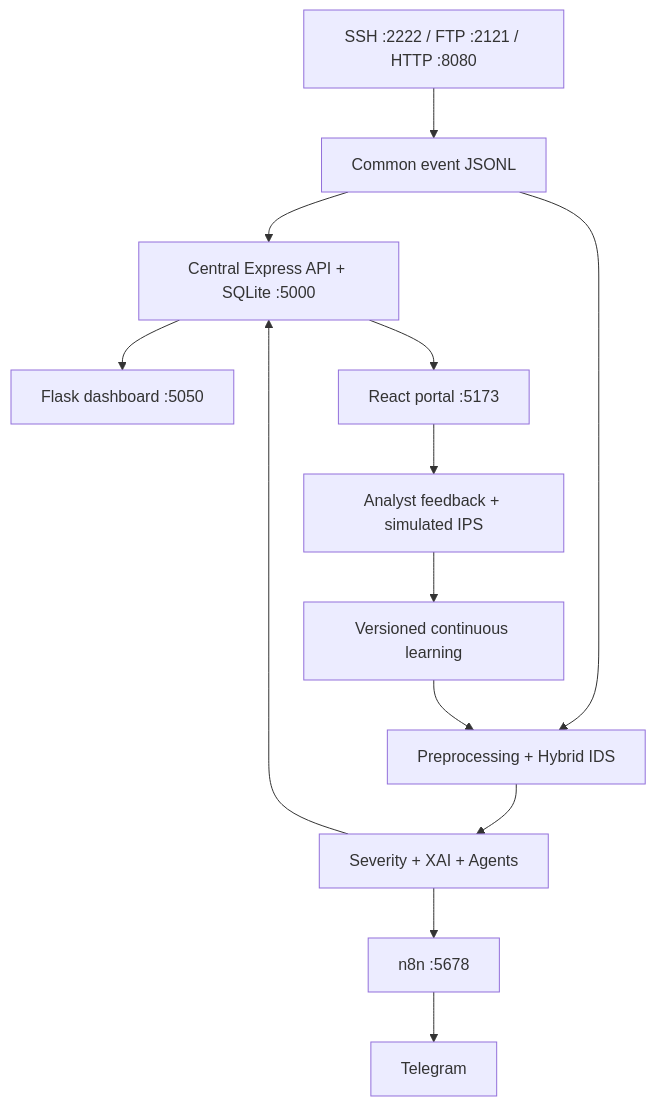
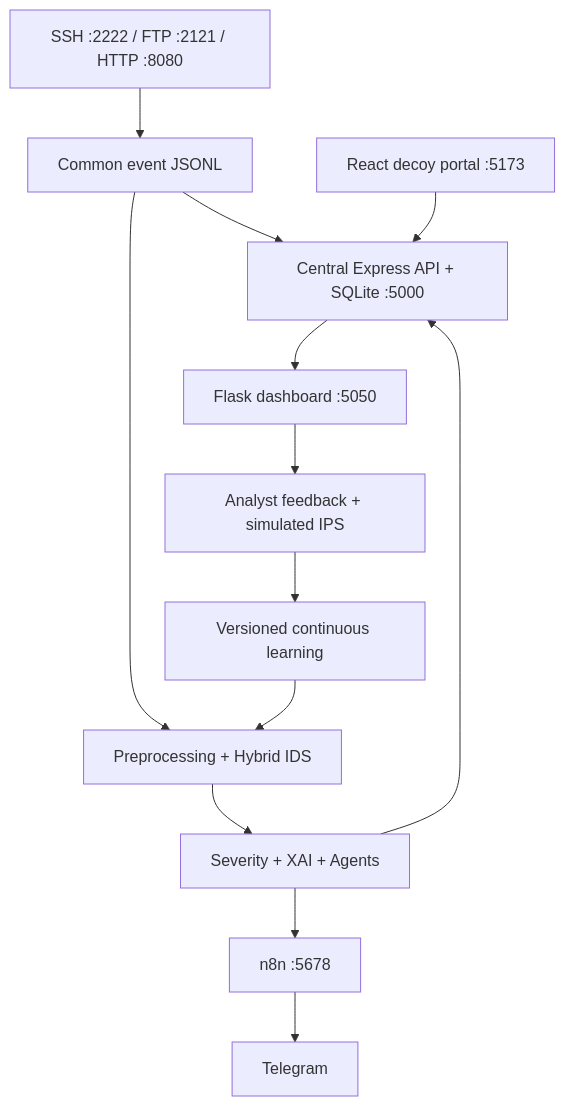
One commit to GAUM-G/CyberXAI changed the diagram in README.md. Above: the diagram before and after it, drawn with Mermaid. The commit also changed other lines of this file and 27 other files, not shown here.

Commit message:
feat: separate decoy portal and restore attack alerts

````diff
--- a/README.md
+++ b/README.md
@@ -25,15 +26,15 @@
 ```mermaid
 flowchart TD
     A["SSH :2222 / FTP :2121 / HTTP :8080"] --> B["Common event JSONL"]
     B --> C["Central Express API + SQLite :5000"]
     B --> D["Preprocessing + Hybrid IDS"]
     D --> E["Severity + XAI + Agents"]
     E --> C
     C --> F["Flask dashboard :5050"]
-    C --> G["React portal :5173"]
+    G["React decoy portal :5173"] --> C
     E --> H["n8n :5678"]
     H --> I["Telegram"]
-    G --> J["Analyst feedback + simulated IPS"]
+    F --> J["Analyst feedback + simulated IPS"]
     J --> K["Versioned continuous learning"]
     K --> D
 ```
````
